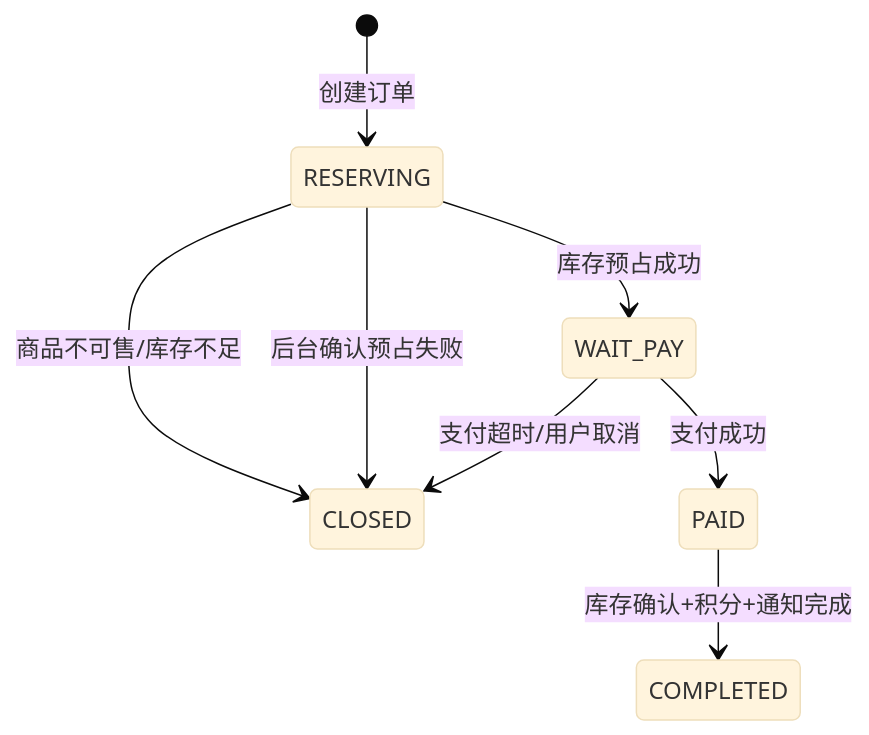
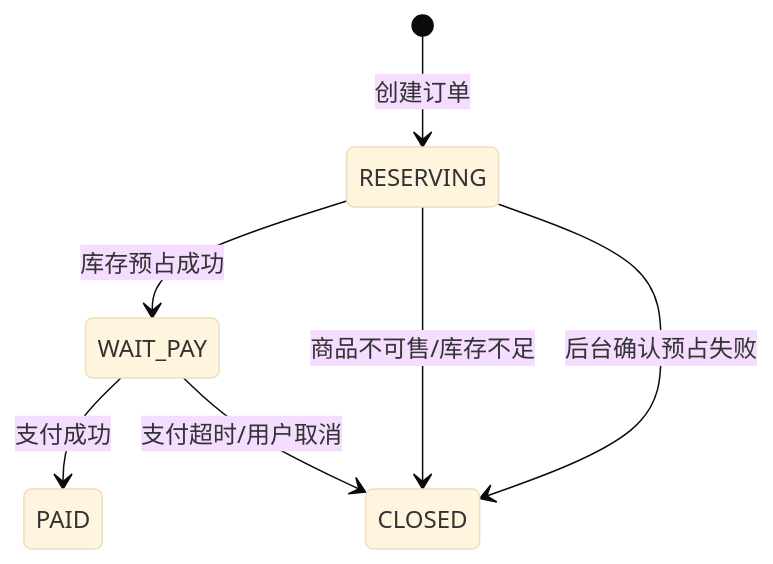
The third of 20 diagrams in docs/ORDER_FINAL_CONSISTENCY_DESIGN.md (yinshihaogithub/framework-boot-starter), drawn with Mermaid (base theme) before and after one commit. The commit also changed other lines of this file, not shown here.

````diff
--- a/docs/ORDER_FINAL_CONSISTENCY_DESIGN.md
+++ b/docs/ORDER_FINAL_CONSISTENCY_DESIGN.md
@@ -133,10 +137,9 @@
 ```mermaid
 stateDiagram-v2
   [*] --> RESERVING: 创建订单
   RESERVING --> WAIT_PAY: 库存预占成功
   RESERVING --> CLOSED: 商品不可售/库存不足
   RESERVING --> CLOSED: 后台确认预占失败
   WAIT_PAY --> PAID: 支付成功
   WAIT_PAY --> CLOSED: 支付超时/用户取消
-  PAID --> COMPLETED: 库存确认+积分+通知完成
 ```
````
